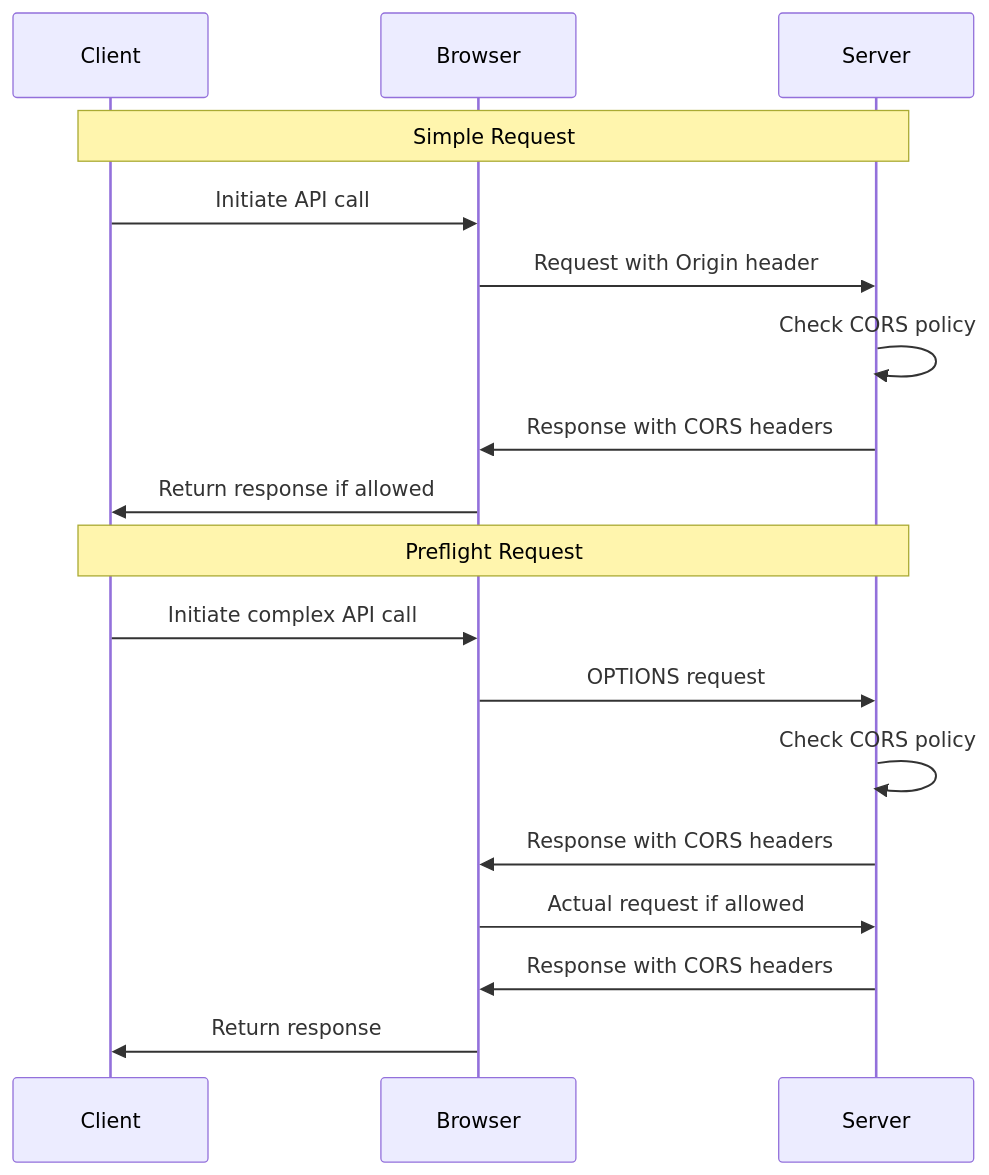
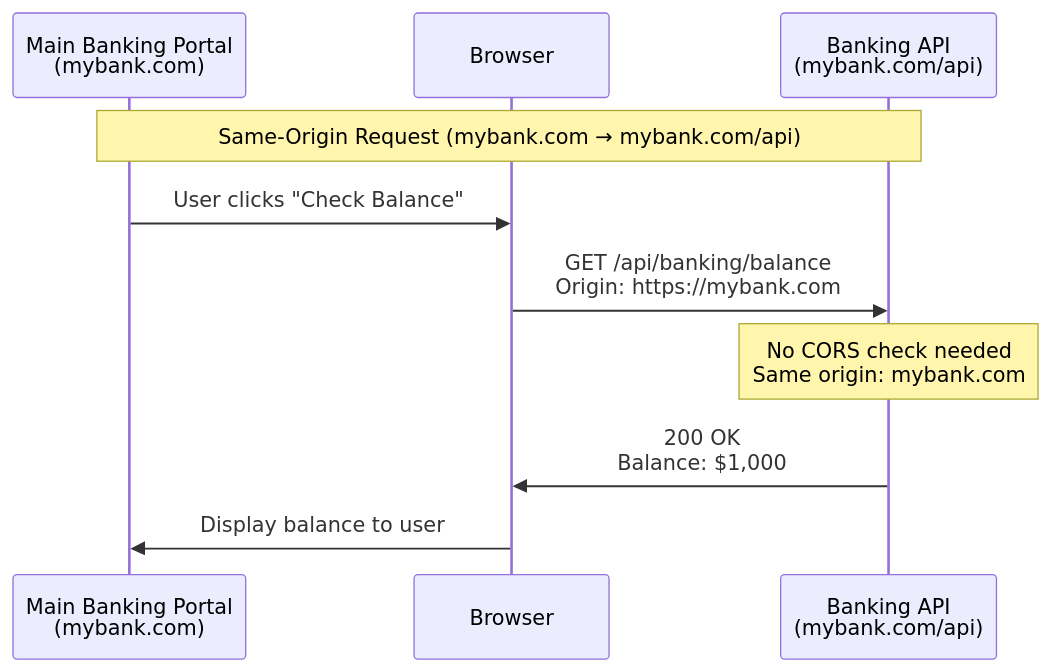
Before and after one commit to sankarpadhy/corf: the third of 5 diagrams in README.md, drawn with Mermaid. The commit also changed other lines of this file and 34 other files, not shown here.

````diff
--- a/README.md
+++ b/README.md
@@ -304,22 +104,13 @@
 ```mermaid
 sequenceDiagram
-    participant C as Client
+    participant MB as Main Banking Portal<br/>(mybank.com)
     participant B as Browser
-    participant S as Server
+    participant API as Banking API<br/>(mybank.com/api)
     
-    Note over C,S: Simple Request
-    C->>B: Initiate API call
-    B->>S: Request with Origin header
-    S->>S: Check CORS policy
-    S->>B: Response with CORS headers
-    B->>C: Return response if allowed
-    
-    Note over C,S: Preflight Request
-    C->>B: Initiate complex API call
-    B->>S: OPTIONS request
-    S->>S: Check CORS policy
-    S->>B: Response with CORS headers
-    B->>S: Actual request if allowed
-    S->>B: Response with CORS headers
-    B->>C: Return response
+    Note over MB,API: Same-Origin Request (mybank.com → mybank.com/api)
+    MB->>B: User clicks "Check Balance"
+    B->>API: GET /api/banking/balance<br/>Origin: https://mybank.com
+    Note over API: No CORS check needed<br/>Same origin: mybank.com
+    API->>B: 200 OK<br/>Balance: $1,000
+    B->>MB: Display balance to user
 ```
````
